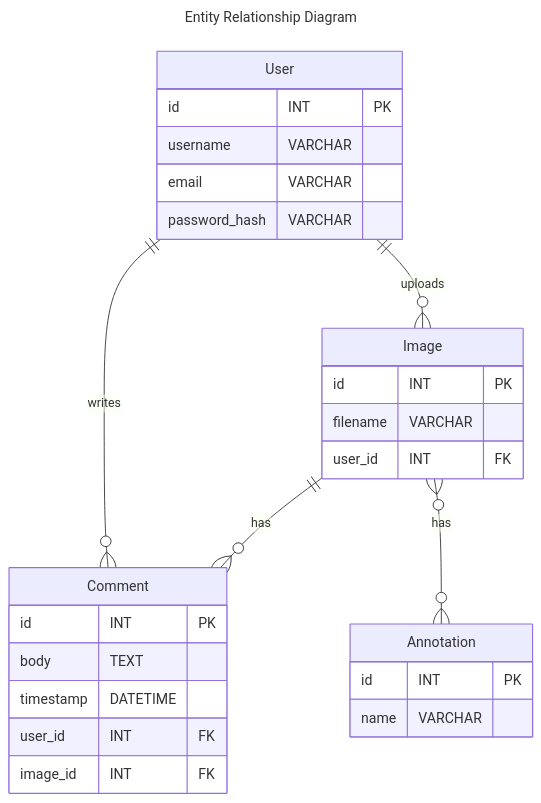
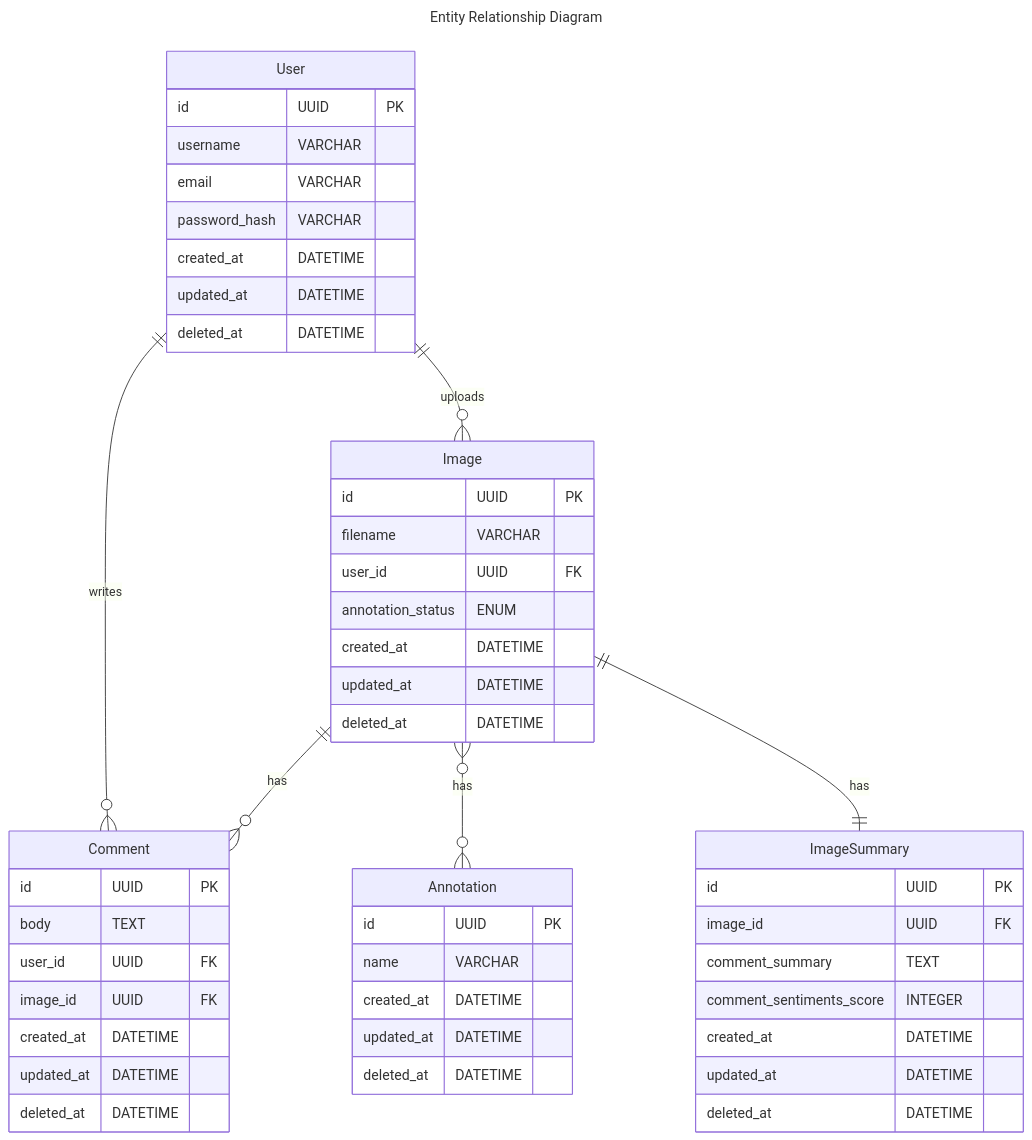
The diagram in README.md (kziovas/practise-image-annotation-service-poc), drawn with Mermaid before and after one commit. The commit also changed 3 other files, not shown here.

Commit message:
chore: Update ERD with new summary entity and fields

````diff
--- a/README.md
+++ b/README.md
@@ -4,37 +4,61 @@
 ```mermaid
 ---
 title: Entity Relationship Diagram
 ---
 
 erDiagram
     User {
-        id INT PK
+        id UUID PK
         username VARCHAR
         email VARCHAR
         password_hash VARCHAR
+        created_at DATETIME
+        updated_at DATETIME
+        deleted_at DATETIME
     }
 
     Image {
-        id INT PK
+        id UUID PK
         filename VARCHAR
-        user_id INT FK
+        user_id UUID FK
+        annotation_status ENUM
+        created_at DATETIME
+        updated_at DATETIME
+        deleted_at DATETIME
     }
-    
+
     Comment {
-        id INT PK
+        id UUID PK
         body TEXT
-        timestamp DATETIME
-        user_id INT FK
-        image_id INT FK
+        user_id UUID FK
+        image_id UUID FK
+        created_at DATETIME
+        updated_at DATETIME
+        deleted_at DATETIME
     }
 
     Annotation {
-        id INT PK
+        id UUID PK
         name VARCHAR
+        created_at DATETIME
+        updated_at DATETIME
+        deleted_at DATETIME
+    }
+
+    ImageSummary {
+        id UUID PK
+        image_id UUID FK
+        comment_summary TEXT
+        comment_sentiments_score INTEGER
+        created_at DATETIME
+        updated_at DATETIME
+        deleted_at DATETIME
     }
 
     User ||--o{ Comment : "writes"
     User ||--o{ Image : "uploads"
     Image ||--o{ Comment : "has"
     Image }o--o{ Annotation : "has"
+    Image ||--|| ImageSummary : "has"
+
 ```
````
